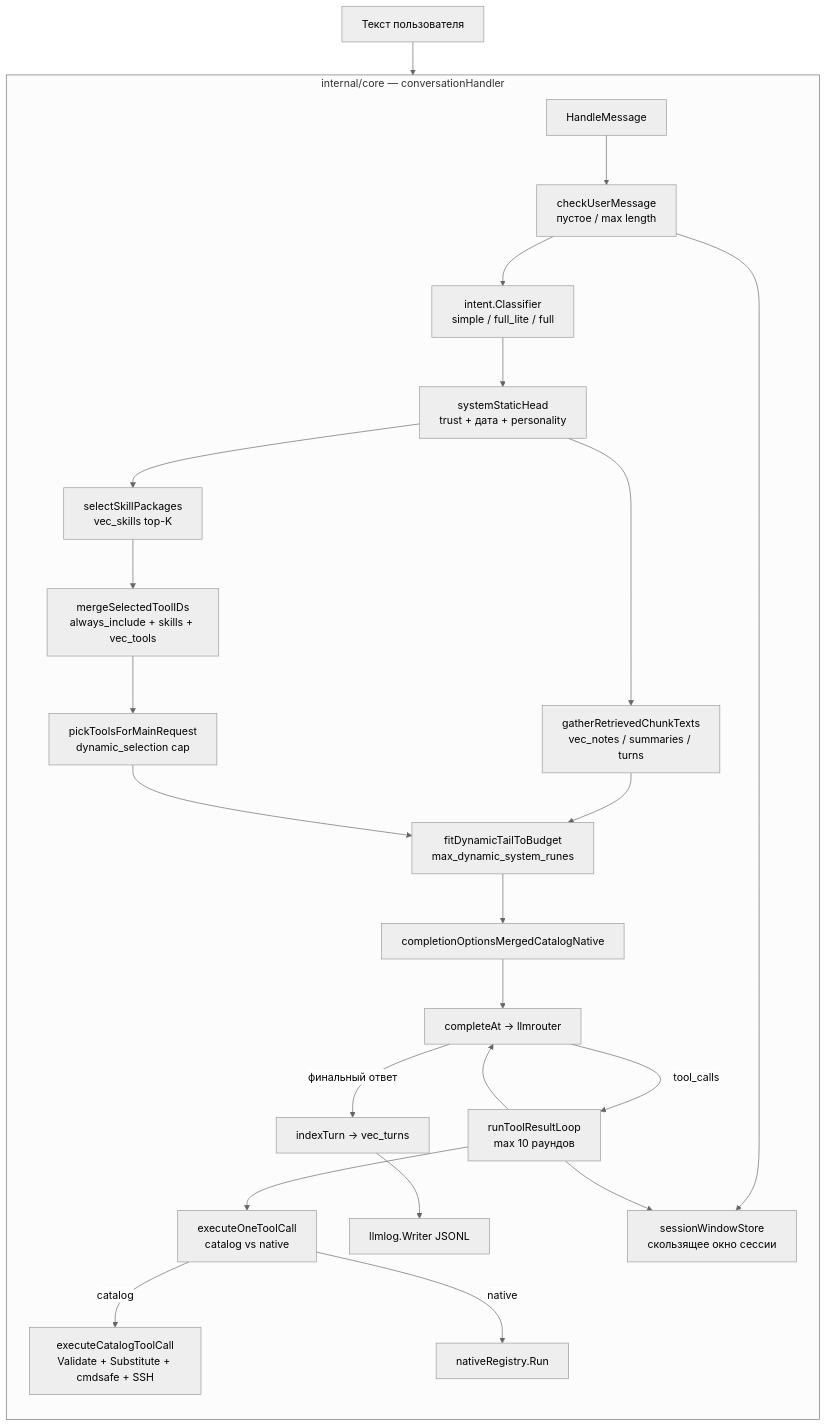
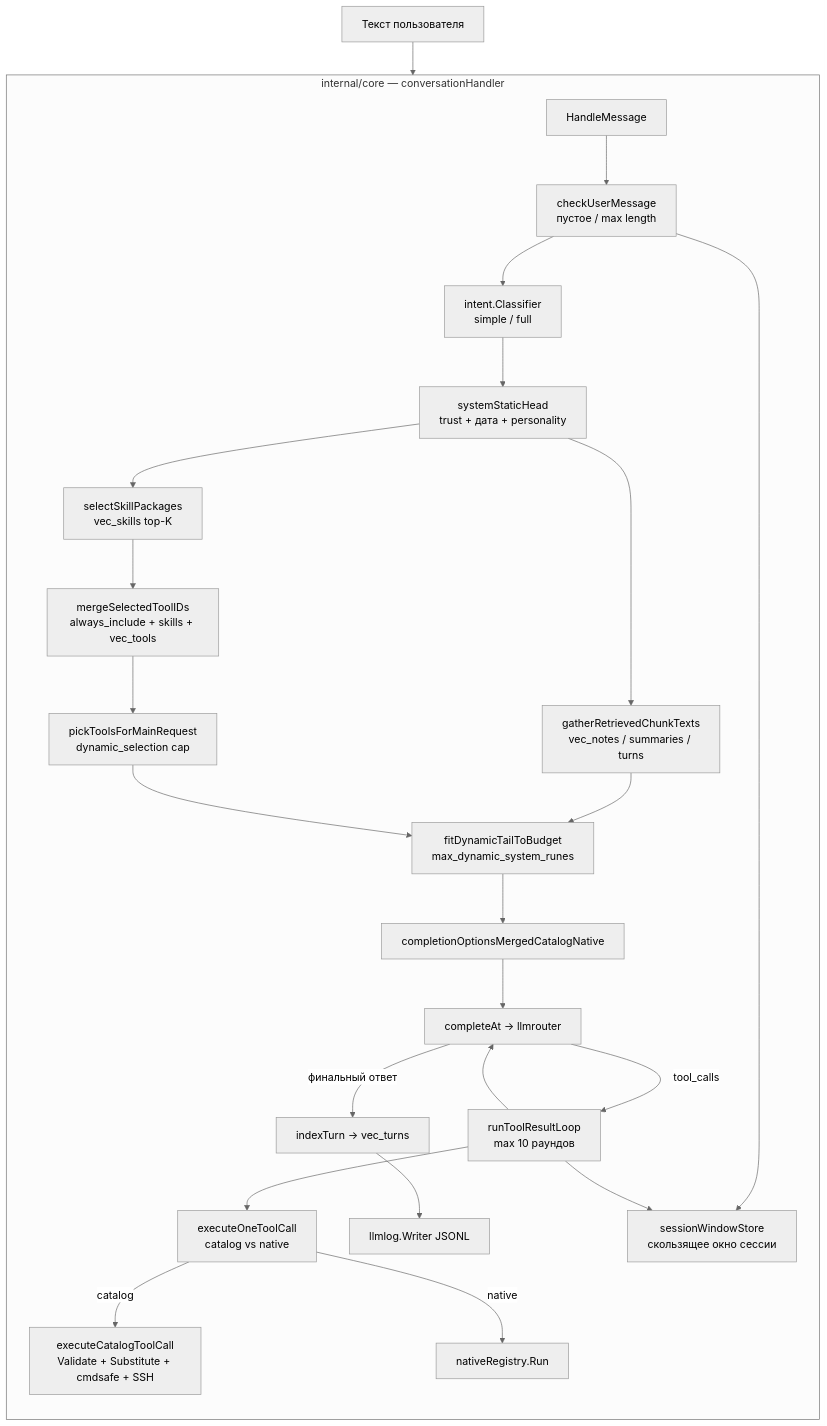
The fourth of 10 diagrams in docs/architecture-ru.md (asubbot/personal-assistant), drawn with Mermaid (neutral theme) before and after one commit. The commit also changed other lines of this file and 28 other files, not shown here.

````diff
--- a/docs/architecture-ru.md
+++ b/docs/architecture-ru.md
@@ -156,41 +156,41 @@
 ```mermaid
 flowchart TB
     subgraph core["internal/core — conversationHandler"]
         direction TB
         H["HandleMessage"]
         C["checkUserMessage<br/>пустое / max length"]
-        IC["intent.Classifier<br/>simple / full_lite / full"]
+        IC["intent.Classifier<br/>simple / full"]
         SH["systemStaticHead<br/>trust + дата + personality"]
         GR["gatherRetrievedChunkTexts<br/>vec_notes / summaries / turns"]
         SP["selectSkillPackages<br/>vec_skills top-K"]
         MT["mergeSelectedToolIDs<br/>always_include + skills + vec_tools"]
         DT["pickToolsForMainRequest<br/>dynamic_selection cap"]
         FT["fitDynamicTailToBudget<br/>max_dynamic_system_runes"]
         OPT["completionOptionsMergedCatalogNative"]
         CR["completeAt → llmrouter"]
         LOOP["runToolResultLoop<br/>max 10 раундов"]
         ETC["executeOneToolCall<br/>catalog vs native"]
         CAT["executeCatalogToolCall<br/>Validate + Substitute + cmdsafe + SSH"]
         NTV["nativeRegistry.Run"]
         IDX["indexTurn → vec_turns"]
         SESS["sessionWindowStore<br/>скользящее окно сессии"]
         LLMLOG["llmlog.Writer JSONL"]
     end
 
     U[Текст пользователя] --> H --> C --> IC
     IC --> SH
     SH --> GR
     SH --> SP
     SP --> MT
     GR --> FT
     MT --> DT --> FT
     FT --> OPT --> CR
     CR -->|tool_calls| LOOP --> ETC
     ETC -->|catalog| CAT
     ETC -->|native| NTV
     LOOP --> CR
     CR -->|финальный ответ| IDX
     IDX --> LLMLOG
     C --> SESS
     LOOP --> SESS
 ```
````
